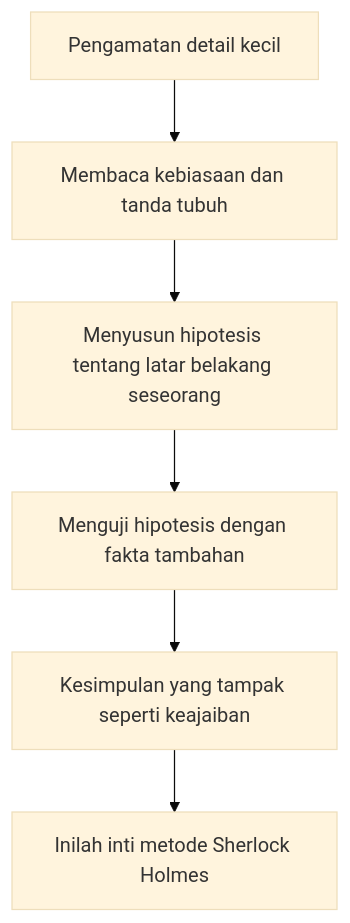
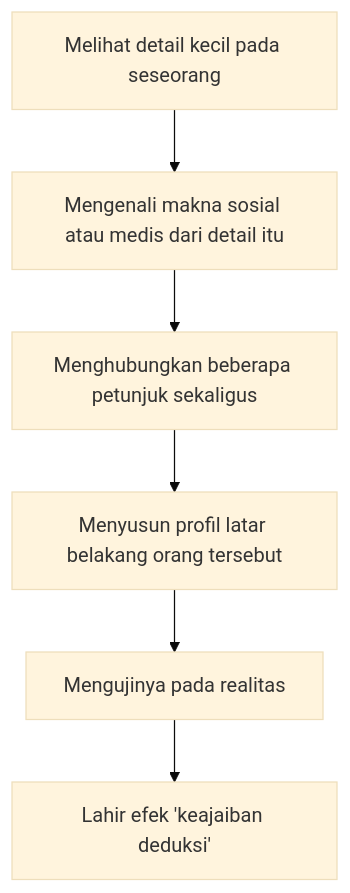
Before and after one commit to dwirx/BangunAI-Blog: the first of 2 diagrams in src/content/articles/pengaruh-sherlock-holmes-arthur-conan-doyle-joseph-bell-dan-lahirnya-fiksi-detektif-modern.mdx, drawn with Mermaid (base theme). The commit also changed other lines of this file, not shown here.

Commit message:
Enhance: Pengaruh Sherlock Holmes — artikel diperluas dan disempurnakan

````diff
--- a/src/content/articles/pengaruh-sherlock-holmes-arthur-conan-doyle-joseph-bell-dan-lahirnya-fiksi-detektif-modern.mdx
+++ b/src/content/articles/pengaruh-sherlock-holmes-arthur-conan-doyle-joseph-bell-dan-lahirnya-fiksi-detektif-modern.mdx
@@ -153,8 +186,8 @@
 ```mermaid
 flowchart TD
-    A["Pengamatan detail kecil"] --> B["Membaca kebiasaan dan tanda tubuh"]
-    B --> C["Menyusun hipotesis tentang latar belakang seseorang"]
-    C --> D["Menguji hipotesis dengan fakta tambahan"]
-    D --> E["Kesimpulan yang tampak seperti keajaiban"]
-    E --> F["Inilah inti metode Sherlock Holmes"]
+    A["Melihat detail kecil pada seseorang"] --> B["Mengenali makna sosial atau medis dari detail itu"]
+    B --> C["Menghubungkan beberapa petunjuk sekaligus"]
+    C --> D["Menyusun profil latar belakang orang tersebut"]
+    D --> E["Mengujinya pada realitas"]
+    E --> F["Lahir efek 'keajaiban deduksi'"]
 ```
````
